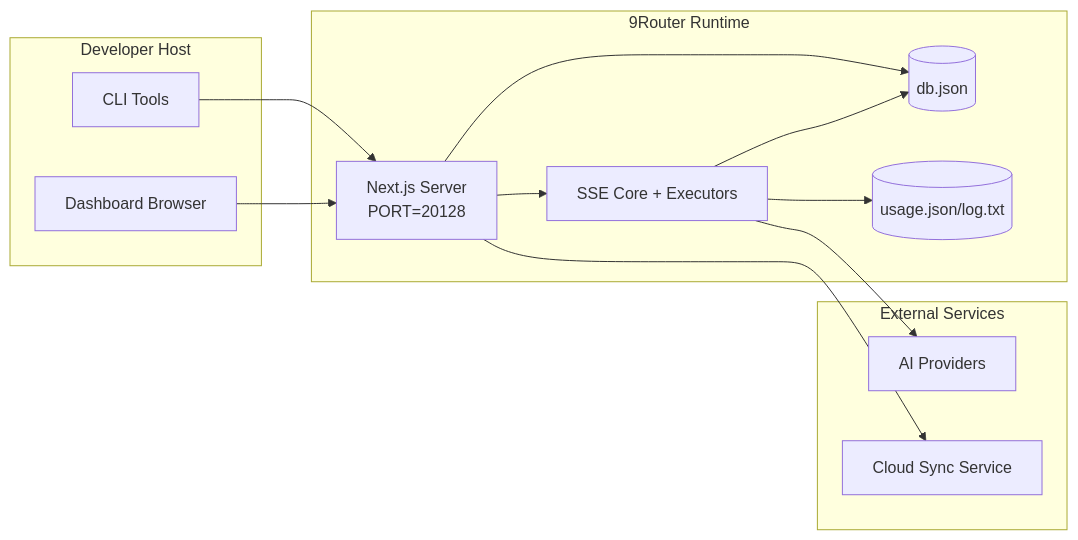
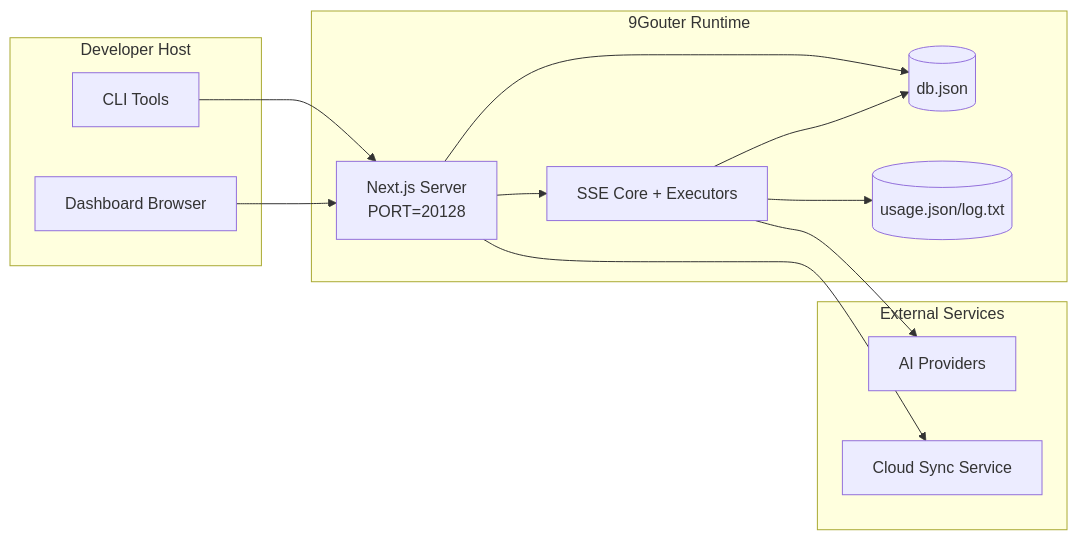
Before and after one commit to Artiffusion-Inc/9gouter: the seventh of 7 diagrams in docs/ARCHITECTURE.md, drawn with Mermaid. The commit also changed other lines of this file and 25 other files, not shown here.

First line of the commit message:
chore: rebrand 9Router → 9Gouter across all docs, configs, and manifests

````diff
--- a/docs/ARCHITECTURE.md
+++ b/docs/ARCHITECTURE.md
@@ -387,28 +387,28 @@
 ```mermaid
 flowchart LR
     subgraph LocalHost[Developer Host]
         CLI[CLI Tools]
         Browser[Dashboard Browser]
     end
 
-    subgraph ContainerOrProcess[9Router Runtime]
+    subgraph ContainerOrProcess[9Gouter Runtime]
         Next[Next.js Server\nPORT=20128]
         Core[SSE Core + Executors]
         MainDB[(db.json)]
         UsageDB[(usage.json/log.txt)]
     end
 
     subgraph External[External Services]
         Providers[AI Providers]
         SyncCloud[Cloud Sync Service]
     end
 
     CLI --> Next
     Browser --> Next
     Next --> Core
     Next --> MainDB
     Core --> MainDB
     Core --> UsageDB
     Core --> Providers
     Next --> SyncCloud
 ```
````
